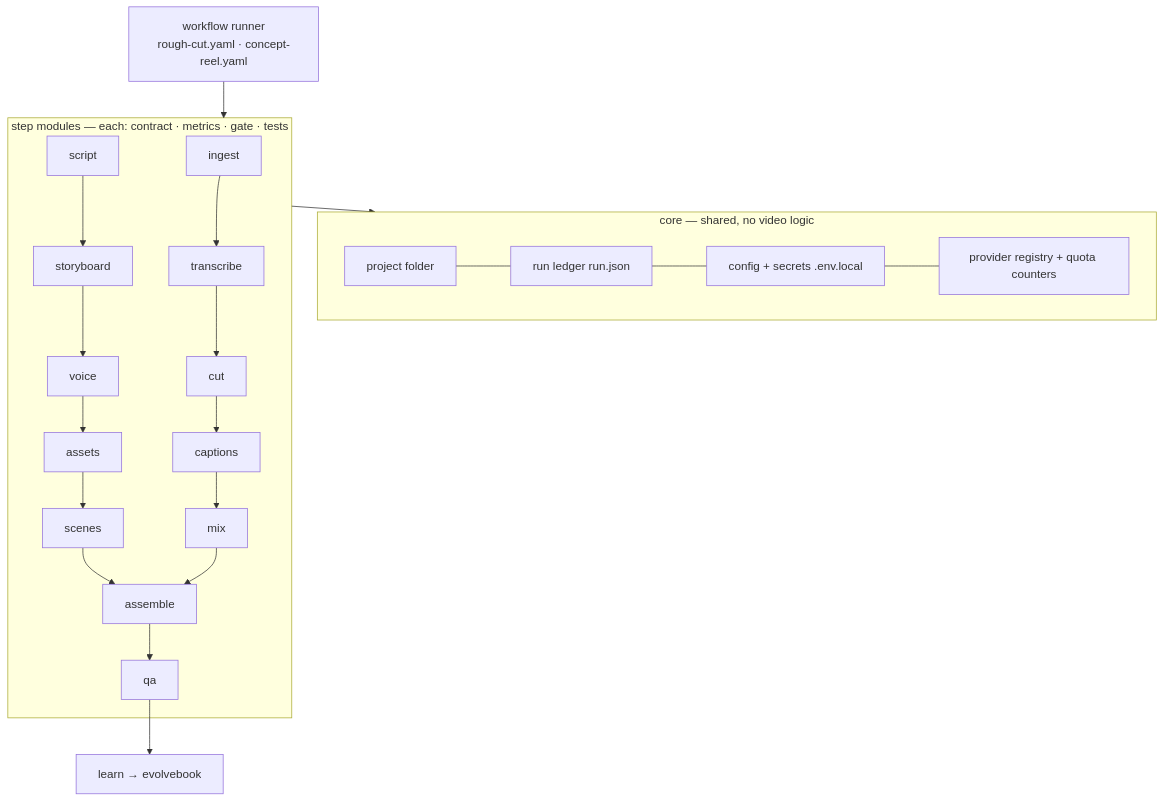
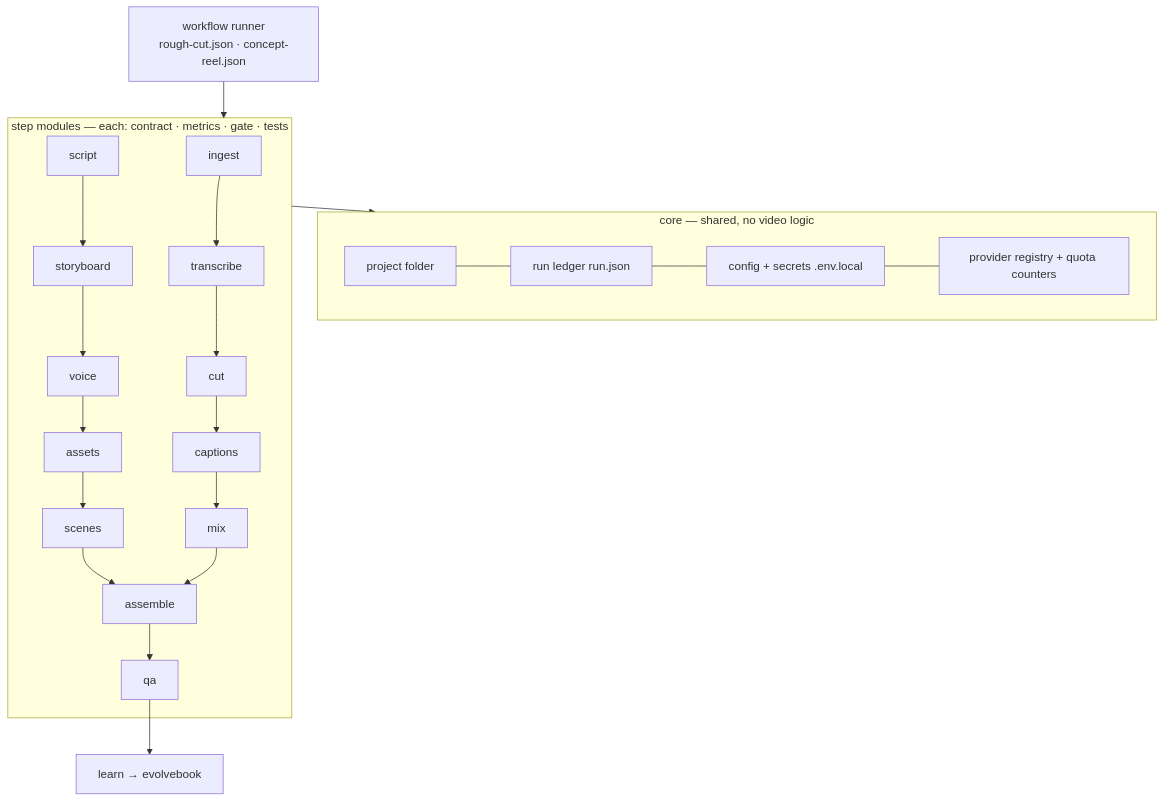
Before and after one commit to Mouad1/mostudio: the second of 2 diagrams in docs/superpowers/specs/2026-11-09-mostudio-design.md, drawn with Mermaid. The commit also changed other lines of this file and 11 other files, not shown here.

````diff
--- a/docs/superpowers/specs/2026-11-09-mostudio-design.md
+++ b/docs/superpowers/specs/2026-11-09-mostudio-design.md
@@ -99,15 +99,15 @@
 ```mermaid
 flowchart TB
   subgraph core[core — shared, no video logic]
     PR[project folder] --- LG[run ledger run.json]
     LG --- CF[config + secrets .env.local]
     CF --- RG[provider registry + quota counters]
   end
   subgraph steps[step modules — each: contract · metrics · gate · tests]
     I[ingest] --> T[transcribe] --> C[cut] --> CA[captions] --> M[mix] --> A[assemble] --> Q[qa]
     S[script] --> SB[storyboard] --> V[voice] --> AS[assets] --> SC[scenes] --> A
   end
-  WF[workflow runner<br/>rough-cut.yaml · concept-reel.yaml] --> steps
+  WF[workflow runner<br/>rough-cut.json · concept-reel.json] --> steps
   steps --> core
   Q --> L[learn → evolvebook]
 ```
````
